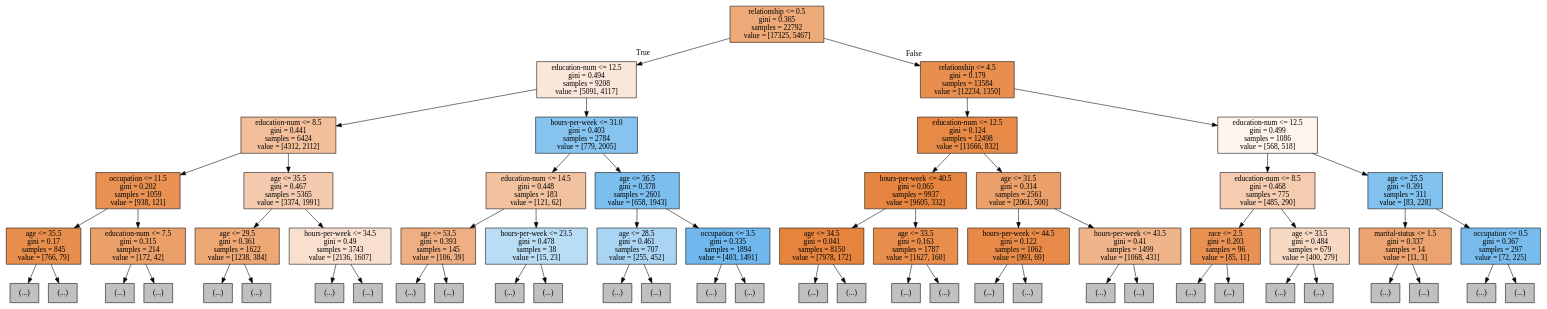
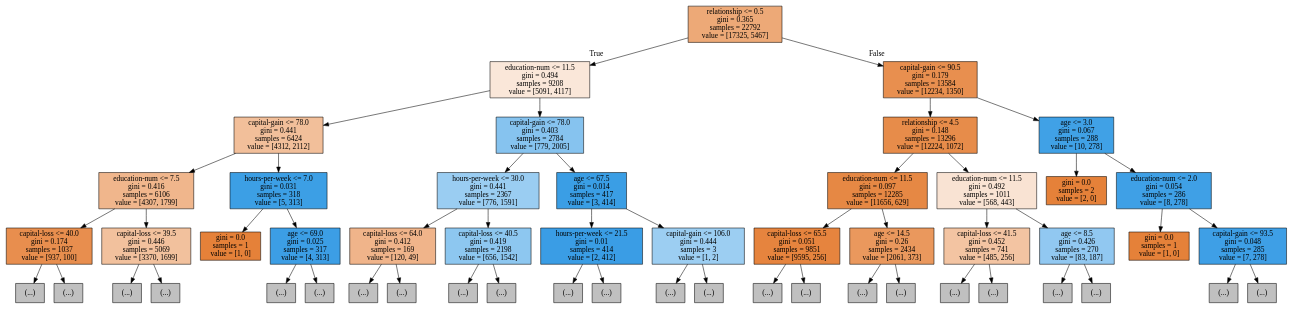
The diagram in tree.dot (Banghyungjin/jupyter_test), drawn with Graphviz before and after one commit. The commit also changed 5 other files, not shown here.

```diff
--- a/tree.dot
+++ b/tree.dot
@@ -1,128 +1,108 @@
 digraph Tree {
 node [shape=box, style="filled", color="black"] ;
 0 [label="relationship <= 0.5\ngini = 0.365\nsamples = 22792\nvalue = [17325, 5467]", fillcolor="#eda977"] ;
-1 [label="education-num <= 12.5\ngini = 0.494\nsamples = 9208\nvalue = [5091, 4117]", fillcolor="#fae7d9"] ;
+1 [label="education-num <= 11.5\ngini = 0.494\nsamples = 9208\nvalue = [5091, 4117]", fillcolor="#fae7d9"] ;
 0 -> 1 [labeldistance=2.5, labelangle=45, headlabel="True"] ;
-2 [label="education-num <= 8.5\ngini = 0.441\nsamples = 6424\nvalue = [4312, 2112]", fillcolor="#f2bf9a"] ;
+2 [label="capital-gain <= 78.0\ngini = 0.441\nsamples = 6424\nvalue = [4312, 2112]", fillcolor="#f2bf9a"] ;
 1 -> 2 ;
-3 [label="occupation <= 11.5\ngini = 0.202\nsamples = 1059\nvalue = [938, 121]", fillcolor="#e89153"] ;
+3 [label="education-num <= 7.5\ngini = 0.416\nsamples = 6106\nvalue = [4307, 1799]", fillcolor="#f0b68c"] ;
 2 -> 3 ;
-4 [label="age <= 35.5\ngini = 0.17\nsamples = 845\nvalue = [766, 79]", fillcolor="#e88e4d"] ;
+4 [label="capital-loss <= 40.0\ngini = 0.174\nsamples = 1037\nvalue = [937, 100]", fillcolor="#e88e4e"] ;
 3 -> 4 ;
 5 [label="(...)", fillcolor="#C0C0C0"] ;
 4 -> 5 ;
-50 [label="(...)", fillcolor="#C0C0C0"] ;
-4 -> 50 ;
-313 [label="education-num <= 7.5\ngini = 0.315\nsamples = 214\nvalue = [172, 42]", fillcolor="#eba069"] ;
-3 -> 313 ;
-314 [label="(...)", fillcolor="#C0C0C0"] ;
-313 -> 314 ;
-409 [label="(...)", fillcolor="#C0C0C0"] ;
-313 -> 409 ;
-428 [label="age <= 35.5\ngini = 0.467\nsamples = 5365\nvalue = [3374, 1991]", fillcolor="#f4cbae"] ;
-2 -> 428 ;
-429 [label="age <= 29.5\ngini = 0.361\nsamples = 1622\nvalue = [1238, 384]", fillcolor="#eda876"] ;
-428 -> 429 ;
-430 [label="(...)", fillcolor="#C0C0C0"] ;
-429 -> 430 ;
-797 [label="(...)", fillcolor="#C0C0C0"] ;
-429 -> 797 ;
-1474 [label="hours-per-week <= 34.5\ngini = 0.49\nsamples = 3743\nvalue = [2136, 1607]", fillcolor="#f9e0ce"] ;
-428 -> 1474 ;
-1475 [label="(...)", fillcolor="#C0C0C0"] ;
-1474 -> 1475 ;
-1628 [label="(...)", fillcolor="#C0C0C0"] ;
-1474 -> 1628 ;
-4407 [label="hours-per-week <= 31.0\ngini = 0.403\nsamples = 2784\nvalue = [779, 2005]", fillcolor="#86c3ef"] ;
-1 -> 4407 ;
-4408 [label="education-num <= 14.5\ngini = 0.448\nsamples = 183\nvalue = [121, 62]", fillcolor="#f2c29e"] ;
-4407 -> 4408 ;
-4409 [label="age <= 53.5\ngini = 0.393\nsamples = 145\nvalue = [106, 39]", fillcolor="#efaf82"] ;
-4408 -> 4409 ;
-4410 [label="(...)", fillcolor="#C0C0C0"] ;
-4409 -> 4410 ;
-4437 [label="(...)", fillcolor="#C0C0C0"] ;
-4409 -> 4437 ;
-4500 [label="hours-per-week <= 23.5\ngini = 0.478\nsamples = 38\nvalue = [15, 23]", fillcolor="#baddf6"] ;
-4408 -> 4500 ;
-4501 [label="(...)", fillcolor="#C0C0C0"] ;
-4500 -> 4501 ;
-4520 [label="(...)", fillcolor="#C0C0C0"] ;
-4500 -> 4520 ;
-4533 [label="age <= 36.5\ngini = 0.378\nsamples = 2601\nvalue = [658, 1943]", fillcolor="#7cbeee"] ;
-4407 -> 4533 ;
-4534 [label="age <= 28.5\ngini = 0.461\nsamples = 707\nvalue = [255, 452]", fillcolor="#a9d4f4"] ;
-4533 -> 4534 ;
-4535 [label="(...)", fillcolor="#C0C0C0"] ;
-4534 -> 4535 ;
-4670 [label="(...)", fillcolor="#C0C0C0"] ;
-4534 -> 4670 ;
-5129 [label="occupation <= 3.5\ngini = 0.335\nsamples = 1894\nvalue = [403, 1491]", fillcolor="#6fb7ec"] ;
-4533 -> 5129 ;
-5130 [label="(...)", fillcolor="#C0C0C0"] ;
-5129 -> 5130 ;
-5297 [label="(...)", fillcolor="#C0C0C0"] ;
-5129 -> 5297 ;
-6338 [label="relationship <= 4.5\ngini = 0.179\nsamples = 13584\nvalue = [12234, 1350]", fillcolor="#e88f4f"] ;
-0 -> 6338 [labeldistance=2.5, labelangle=-45, headlabel="False"] ;
-6339 [label="education-num <= 12.5\ngini = 0.124\nsamples = 12498\nvalue = [11666, 832]", fillcolor="#e78a47"] ;
-6338 -> 6339 ;
-6340 [label="hours-per-week <= 40.5\ngini = 0.065\nsamples = 9937\nvalue = [9605, 332]", fillcolor="#e68540"] ;
-6339 -> 6340 ;
-6341 [label="age <= 34.5\ngini = 0.041\nsamples = 8150\nvalue = [7978, 172]", fillcolor="#e6843d"] ;
-6340 -> 6341 ;
-6342 [label="(...)", fillcolor="#C0C0C0"] ;
-6341 -> 6342 ;
-6555 [label="(...)", fillcolor="#C0C0C0"] ;
-6341 -> 6555 ;
-7192 [label="age <= 33.5\ngini = 0.163\nsamples = 1787\nvalue = [1627, 160]", fillcolor="#e88d4c"] ;
-6340 -> 7192 ;
-7193 [label="(...)", fillcolor="#C0C0C0"] ;
-7192 -> 7193 ;
-7366 [label="(...)", fillcolor="#C0C0C0"] ;
-7192 -> 7366 ;
-7737 [label="age <= 31.5\ngini = 0.314\nsamples = 2561\nvalue = [2061, 500]", fillcolor="#eba069"] ;
-6339 -> 7737 ;
-7738 [label="hours-per-week <= 44.5\ngini = 0.122\nsamples = 1062\nvalue = [993, 69]", fillcolor="#e78a47"] ;
-7737 -> 7738 ;
-7739 [label="(...)", fillcolor="#C0C0C0"] ;
-7738 -> 7739 ;
-7890 [label="(...)", fillcolor="#C0C0C0"] ;
-7738 -> 7890 ;
-8063 [label="hours-per-week <= 43.5\ngini = 0.41\nsamples = 1499\nvalue = [1068, 431]", fillcolor="#efb489"] ;
-7737 -> 8063 ;
-8064 [label="(...)", fillcolor="#C0C0C0"] ;
-8063 -> 8064 ;
-8617 [label="(...)", fillcolor="#C0C0C0"] ;
-8063 -> 8617 ;
-9032 [label="education-num <= 12.5\ngini = 0.499\nsamples = 1086\nvalue = [568, 518]", fillcolor="#fdf4ee"] ;
-6338 -> 9032 ;
-9033 [label="education-num <= 8.5\ngini = 0.468\nsamples = 775\nvalue = [485, 290]", fillcolor="#f5ccaf"] ;
-9032 -> 9033 ;
-9034 [label="race <= 2.5\ngini = 0.203\nsamples = 96\nvalue = [85, 11]", fillcolor="#e89153"] ;
-9033 -> 9034 ;
-9035 [label="(...)", fillcolor="#C0C0C0"] ;
-9034 -> 9035 ;
-9052 [label="(...)", fillcolor="#C0C0C0"] ;
-9034 -> 9052 ;
-9069 [label="age <= 33.5\ngini = 0.484\nsamples = 679\nvalue = [400, 279]", fillcolor="#f7d9c3"] ;
-9033 -> 9069 ;
-9070 [label="(...)", fillcolor="#C0C0C0"] ;
-9069 -> 9070 ;
-9225 [label="(...)", fillcolor="#C0C0C0"] ;
-9069 -> 9225 ;
-9586 [label="age <= 25.5\ngini = 0.391\nsamples = 311\nvalue = [83, 228]", fillcolor="#81c1ee"] ;
-9032 -> 9586 ;
-9587 [label="marital-status <= 1.5\ngini = 0.337\nsamples = 14\nvalue = [11, 3]", fillcolor="#eca36f"] ;
-9586 -> 9587 ;
-9588 [label="(...)", fillcolor="#C0C0C0"] ;
-9587 -> 9588 ;
-9589 [label="(...)", fillcolor="#C0C0C0"] ;
-9587 -> 9589 ;
-9600 [label="occupation <= 0.5\ngini = 0.367\nsamples = 297\nvalue = [72, 225]", fillcolor="#78bced"] ;
-9586 -> 9600 ;
-9601 [label="(...)", fillcolor="#C0C0C0"] ;
-9600 -> 9601 ;
-9620 [label="(...)", fillcolor="#C0C0C0"] ;
-9600 -> 9620 ;
+352 [label="(...)", fillcolor="#C0C0C0"] ;
+4 -> 352 ;
+359 [label="capital-loss <= 39.5\ngini = 0.446\nsamples = 5069\nvalue = [3370, 1699]", fillcolor="#f2c19d"] ;
+3 -> 359 ;
+360 [label="(...)", fillcolor="#C0C0C0"] ;
+359 -> 360 ;
+3873 [label="(...)", fillcolor="#C0C0C0"] ;
+359 -> 3873 ;
+3930 [label="hours-per-week <= 7.0\ngini = 0.031\nsamples = 318\nvalue = [5, 313]", fillcolor="#3c9fe5"] ;
+2 -> 3930 ;
+3931 [label="gini = 0.0\nsamples = 1\nvalue = [1, 0]", fillcolor="#e58139"] ;
+3930 -> 3931 ;
+3932 [label="age <= 69.0\ngini = 0.025\nsamples = 317\nvalue = [4, 313]", fillcolor="#3c9ee5"] ;
+3930 -> 3932 ;
+3933 [label="(...)", fillcolor="#C0C0C0"] ;
+3932 -> 3933 ;
+3942 [label="(...)", fillcolor="#C0C0C0"] ;
+3932 -> 3942 ;
+3945 [label="capital-gain <= 78.0\ngini = 0.403\nsamples = 2784\nvalue = [779, 2005]", fillcolor="#86c3ef"] ;
+1 -> 3945 ;
+3946 [label="hours-per-week <= 30.0\ngini = 0.441\nsamples = 2367\nvalue = [776, 1591]", fillcolor="#9acdf2"] ;
+3945 -> 3946 ;
+3947 [label="capital-loss <= 64.0\ngini = 0.412\nsamples = 169\nvalue = [120, 49]", fillcolor="#f0b48a"] ;
+3946 -> 3947 ;
+3948 [label="(...)", fillcolor="#C0C0C0"] ;
+3947 -> 3948 ;
+4049 [label="(...)", fillcolor="#C0C0C0"] ;
+3947 -> 4049 ;
+4050 [label="capital-loss <= 40.5\ngini = 0.419\nsamples = 2198\nvalue = [656, 1542]", fillcolor="#8dc7f0"] ;
+3946 -> 4050 ;
+4051 [label="(...)", fillcolor="#C0C0C0"] ;
+4050 -> 4051 ;
+5524 [label="(...)", fillcolor="#C0C0C0"] ;
+4050 -> 5524 ;
+5535 [label="age <= 67.5\ngini = 0.014\nsamples = 417\nvalue = [3, 414]", fillcolor="#3a9ee5"] ;
+3945 -> 5535 ;
+5536 [label="hours-per-week <= 21.5\ngini = 0.01\nsamples = 414\nvalue = [2, 412]", fillcolor="#3a9de5"] ;
+5535 -> 5536 ;
+5537 [label="(...)", fillcolor="#C0C0C0"] ;
+5536 -> 5537 ;
+5542 [label="(...)", fillcolor="#C0C0C0"] ;
+5536 -> 5542 ;
+5549 [label="capital-gain <= 106.0\ngini = 0.444\nsamples = 3\nvalue = [1, 2]", fillcolor="#9ccef2"] ;
+5535 -> 5549 ;
+5550 [label="(...)", fillcolor="#C0C0C0"] ;
+5549 -> 5550 ;
+5551 [label="(...)", fillcolor="#C0C0C0"] ;
+5549 -> 5551 ;
+5552 [label="capital-gain <= 90.5\ngini = 0.179\nsamples = 13584\nvalue = [12234, 1350]", fillcolor="#e88f4f"] ;
+0 -> 5552 [labeldistance=2.5, labelangle=-45, headlabel="False"] ;
+5553 [label="relationship <= 4.5\ngini = 0.148\nsamples = 13296\nvalue = [12224, 1072]", fillcolor="#e78c4a"] ;
+5552 -> 5553 ;
+5554 [label="education-num <= 11.5\ngini = 0.097\nsamples = 12285\nvalue = [11656, 629]", fillcolor="#e68844"] ;
+5553 -> 5554 ;
+5555 [label="capital-loss <= 65.5\ngini = 0.051\nsamples = 9851\nvalue = [9595, 256]", fillcolor="#e6843e"] ;
+5554 -> 5555 ;
+5556 [label="(...)", fillcolor="#C0C0C0"] ;
+5555 -> 5556 ;
+6637 [label="(...)", fillcolor="#C0C0C0"] ;
+5555 -> 6637 ;
+6654 [label="age <= 14.5\ngini = 0.26\nsamples = 2434\nvalue = [2061, 373]", fillcolor="#ea985d"] ;
+5554 -> 6654 ;
+6655 [label="(...)", fillcolor="#C0C0C0"] ;
+6654 -> 6655 ;
+6868 [label="(...)", fillcolor="#C0C0C0"] ;
+6654 -> 6868 ;
+7649 [label="education-num <= 11.5\ngini = 0.492\nsamples = 1011\nvalue = [568, 443]", fillcolor="#f9e3d3"] ;
+5553 -> 7649 ;
+7650 [label="capital-loss <= 41.5\ngini = 0.452\nsamples = 741\nvalue = [485, 256]", fillcolor="#f3c4a2"] ;
+7649 -> 7650 ;
+7651 [label="(...)", fillcolor="#C0C0C0"] ;
+7650 -> 7651 ;
+8162 [label="(...)", fillcolor="#C0C0C0"] ;
+7650 -> 8162 ;
+8167 [label="age <= 8.5\ngini = 0.426\nsamples = 270\nvalue = [83, 187]", fillcolor="#91c8f1"] ;
+7649 -> 8167 ;
+8168 [label="(...)", fillcolor="#C0C0C0"] ;
+8167 -> 8168 ;
+8177 [label="(...)", fillcolor="#C0C0C0"] ;
+8167 -> 8177 ;
+8354 [label="age <= 3.0\ngini = 0.067\nsamples = 288\nvalue = [10, 278]", fillcolor="#40a1e6"] ;
+5552 -> 8354 ;
+8355 [label="gini = 0.0\nsamples = 2\nvalue = [2, 0]", fillcolor="#e58139"] ;
+8354 -> 8355 ;
+8356 [label="education-num <= 2.0\ngini = 0.054\nsamples = 286\nvalue = [8, 278]", fillcolor="#3fa0e6"] ;
+8354 -> 8356 ;
+8357 [label="gini = 0.0\nsamples = 1\nvalue = [1, 0]", fillcolor="#e58139"] ;
+8356 -> 8357 ;
+8358 [label="capital-gain <= 93.5\ngini = 0.048\nsamples = 285\nvalue = [7, 278]", fillcolor="#3e9fe6"] ;
+8356 -> 8358 ;
+8359 [label="(...)", fillcolor="#C0C0C0"] ;
+8358 -> 8359 ;
+8362 [label="(...)", fillcolor="#C0C0C0"] ;
+8358 -> 8362 ;
 }
```
